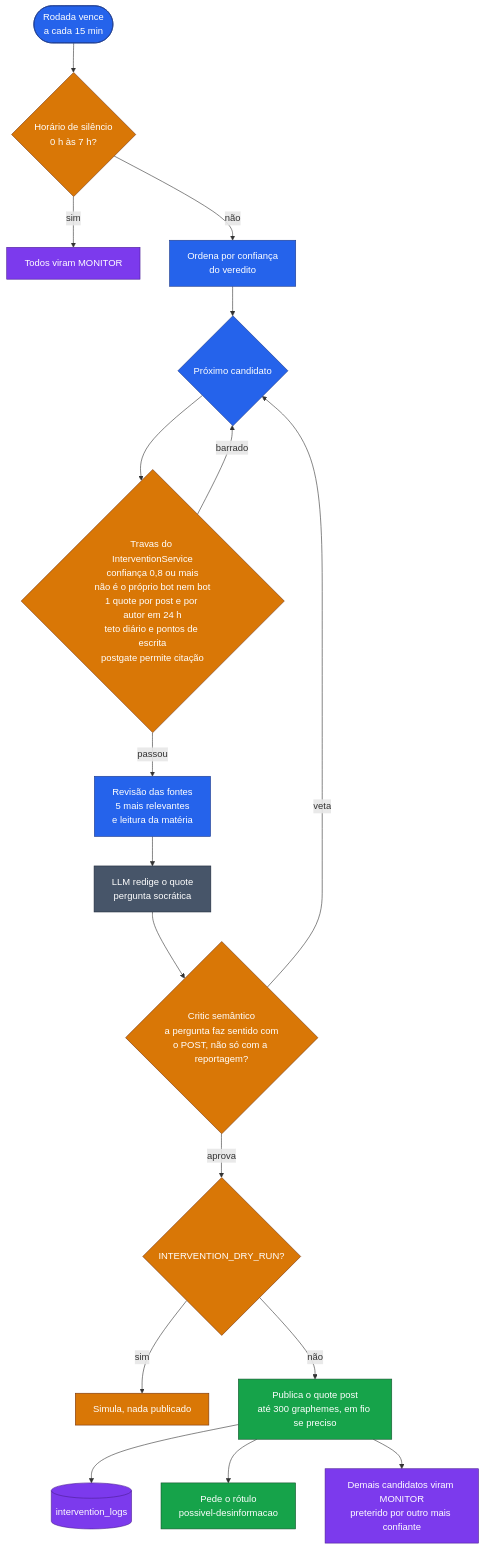
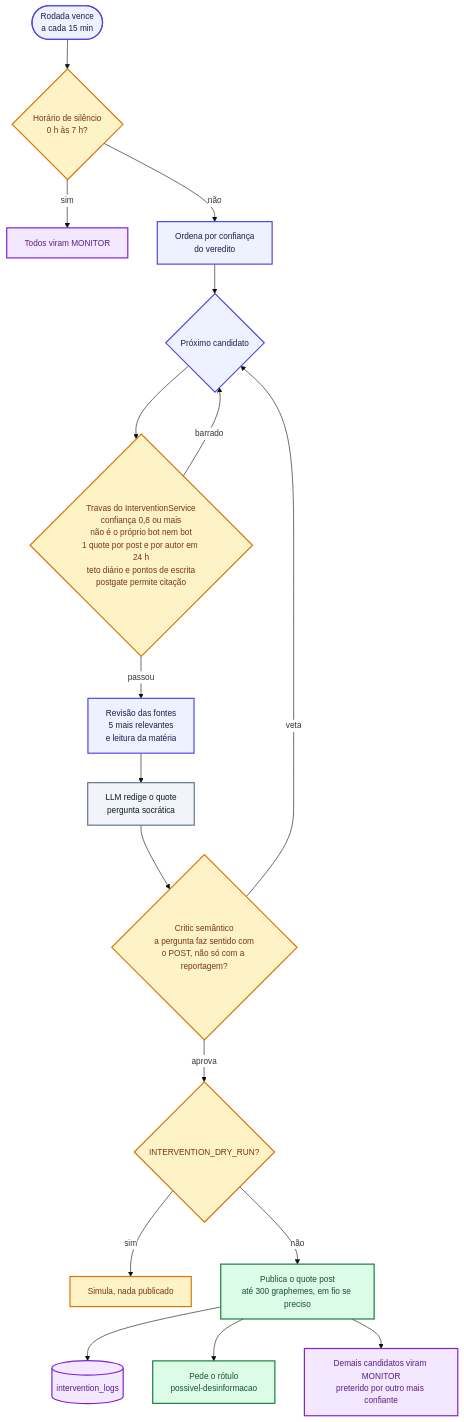
One commit to moonshinerd/ContrarIA changed the seventh of 11 diagrams in docs/arquitetura/mapa-do-sistema.md. Above: the diagram before and after it, drawn with Mermaid. The commit also changed other lines of this file and 2 other files, not shown here.

Commit message:
docs(arquitetura): aprimora contraste de cores e escala dos diagramas

````diff
--- a/docs/arquitetura/mapa-do-sistema.md
+++ b/docs/arquitetura/mapa-do-sistema.md
@@ -389,25 +393,26 @@
 ```mermaid
+%%{init: {'theme': 'base', 'themeVariables': { 'fontSize': '14px', 'fontFamily': 'inherit', 'primaryColor': '#EEF2FF', 'edgeLabelBackground': '#FFFFFF', 'clusterBkg': '#F8FAFC', 'clusterBorder': '#CBD5E1' }}}%%
 flowchart TD
-    classDef core fill:#2563eb,stroke:#1e3a8a,color:#fff
-    classDef guard fill:#d97706,stroke:#78350f,color:#fff
-    classDef store fill:#7c3aed,stroke:#4c1d95,color:#fff
-    classDef out fill:#16a34a,stroke:#14532d,color:#fff
-    classDef ext fill:#475569,stroke:#1e293b,color:#fff
+    classDef ext fill:#F1F5F9,stroke:#64748B,stroke-width:2px,color:#0F172A
+    classDef core fill:#EEF2FF,stroke:#4F46E5,stroke-width:2px,color:#1E1B4B
+    classDef store fill:#F3E8FF,stroke:#7E22CE,stroke-width:2px,color:#581C87
+    classDef guard fill:#FEF3C7,stroke:#D97706,stroke-width:2px,color:#78350F
+    classDef out fill:#DCFCE7,stroke:#15803D,stroke-width:2px,color:#14532D
 
     R(["Rodada vence<br/>a cada 15 min"]):::core --> QH{"Horário de silêncio<br/>0 h às 7 h?"}:::guard
     QH -- "sim" --> M0["Todos viram MONITOR"]:::store
     QH -- "não" --> SORT["Ordena por confiança<br/>do veredito"]:::core
     SORT --> NEXT{"Próximo candidato"}:::core
     NEXT --> T1{"Travas do InterventionService<br/>confiança 0,8 ou mais<br/>não é o próprio bot nem bot<br/>1 quote por post e por autor em 24 h<br/>teto diário e pontos de escrita<br/>postgate permite citação"}:::guard
     T1 -- "barrado" --> NEXT
     T1 -- "passou" --> SRC["Revisão das fontes<br/>5 mais relevantes<br/>e leitura da matéria"]:::core
     SRC --> LLM["LLM redige o quote<br/>pergunta socrática"]:::ext
     LLM --> CRIT{"Critic semântico<br/>a pergunta faz sentido com<br/>o POST, não só com a reportagem?"}:::guard
     CRIT -- "veta" --> NEXT
     CRIT -- "aprova" --> DRY{"INTERVENTION_DRY_RUN?"}:::guard
     DRY -- "sim" --> SIM["Simula, nada publicado"]:::guard
     DRY -- "não" --> PUB["Publica o quote post<br/>até 300 graphemes, em fio se preciso"]:::out
     PUB --> IL[("intervention_logs")]:::store
     PUB --> LAB["Pede o rótulo<br/>possivel-desinformacao"]:::out
     PUB --> REST["Demais candidatos viram MONITOR<br/>preterido por outro mais confiante"]:::store
 ```
````
